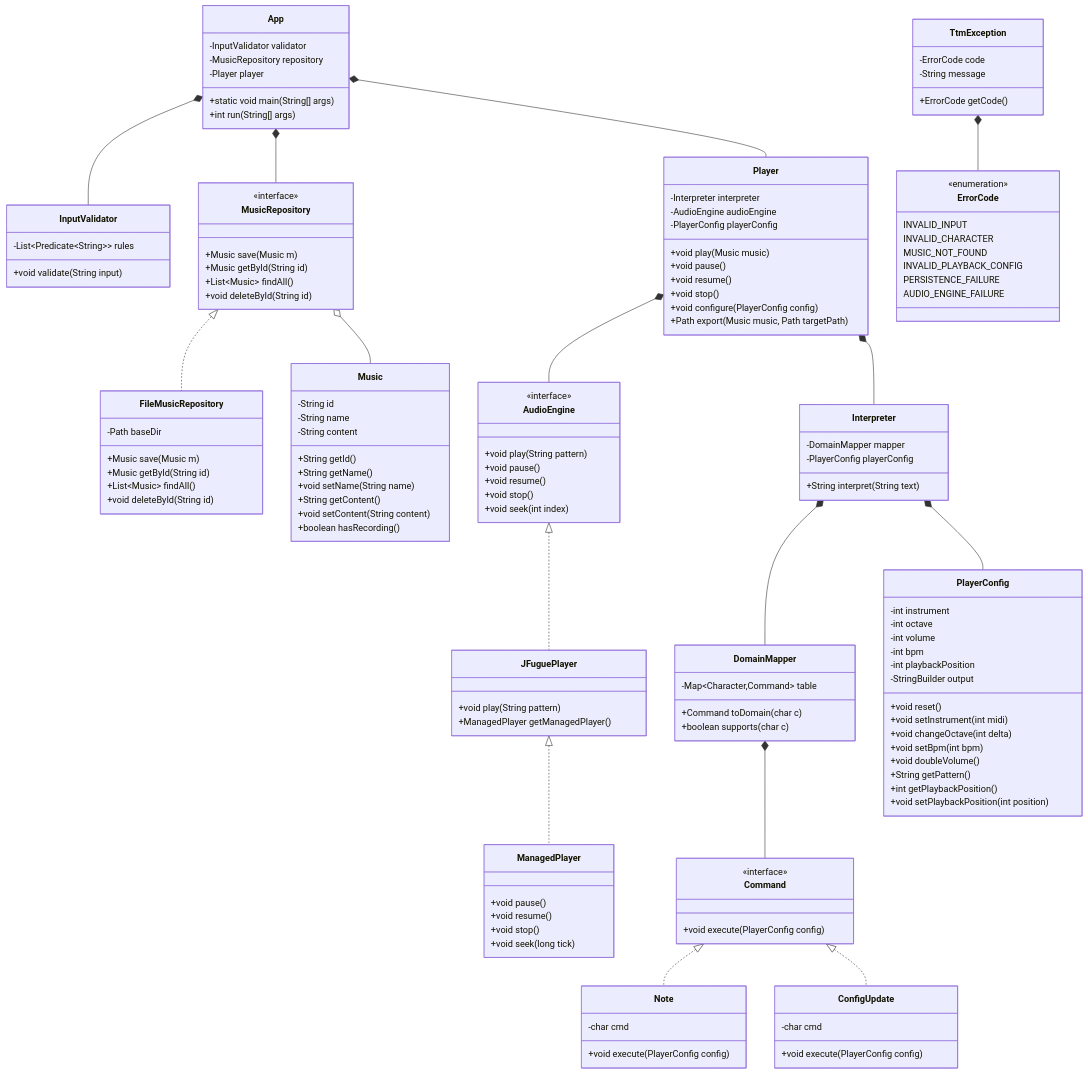
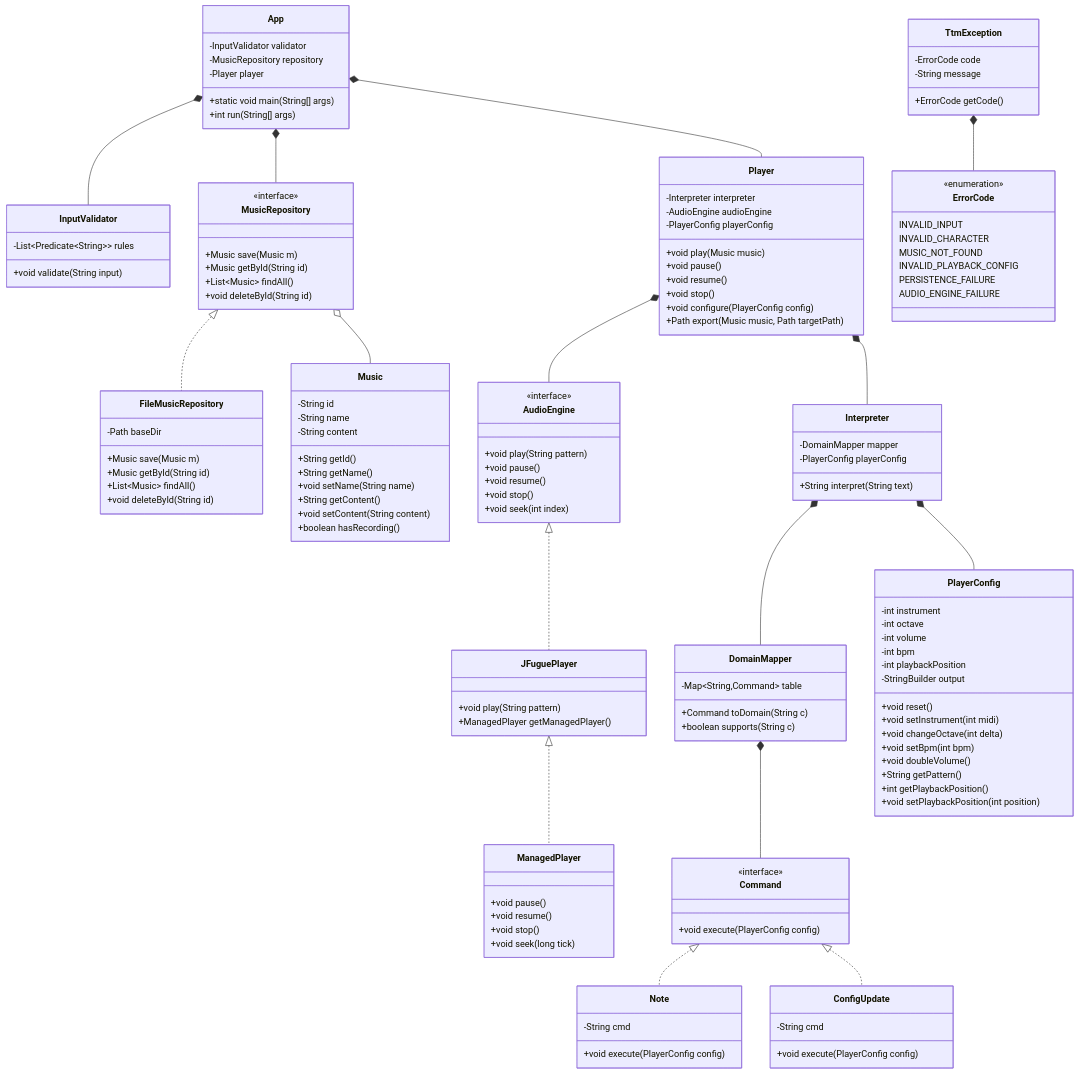
Before and after one commit to ExtremeNoHorse/inf01120-dev-sw: the diagram in design/diagram.mmd, drawn with Mermaid.

Commit message:
update diagram

```diff
--- a/design/diagram.mmd
+++ b/design/diagram.mmd
@@ -1,176 +1,176 @@
 ---
 config:
   theme: default
 ---
 %% TTM - Diagrama refatorado (Fase 1)
 %% Original preservado em classes/diagram.mmd.
 %%
 %% Mudancas vs original (motivadas pelos resumos R01/R02/R03/Cap5-OOSC):
 %%   1. Menu vira App (unica classe UI/composition root; CLI hoje, GUI depois).
 %%   2. Interpreter dividido: Interpreter (char->pattern) + Player (executa).
 %%   3. AudioEngine interface esconde JFugue (info hiding R02) e expoe exportMidi.
 %%   4. MusicRepository vira interface; FileMusicRepository usa java.nio direto.
 %%   5. Command.execute(PlayerConfig) - sem acoplamento reverso.
 %%   6. TtmException + ErrorCode substituem varios exception types.
 %%   7. PlaybackListener = Consumer<Integer> do JDK (sem interface propria).
 %%   8. PlaybackParameters vira constantes em PlayerConfig.
 %%   9. Terminologia: Music (mockup) substitui Session.
 
 classDiagram
     App *-- InputValidator
     App *-- MusicRepository
     App *-- Player
 
     MusicRepository <|.. FileMusicRepository
     MusicRepository o-- Music
 
     Player *-- Interpreter
     Player *-- AudioEngine
     JFuguePlayer <|.. ManagedPlayer
     AudioEngine <|.. JFuguePlayer
 
     Interpreter *-- DomainMapper
     Interpreter *-- PlayerConfig
 
     DomainMapper *-- Command
     Command <|.. Note
     Command <|.. ConfigUpdate
 
     TtmException *-- ErrorCode
 
     class App {
         -InputValidator validator
         -MusicRepository repository
         -Player player
         +static void main(String[] args)
         +int run(String[] args)
     }
 
     class InputValidator {
         -List~Predicate~String~~ rules
         +void validate(String input)
     }
 
     class MusicRepository {
         <<interface>>
         +Music save(Music m)
         +Music getById(String id)
         +List~Music~ findAll()
         +void deleteById(String id)
     }
 
     class FileMusicRepository {
         -Path baseDir
         +Music save(Music m)
         +Music getById(String id)
         +List~Music~ findAll()
         +void deleteById(String id)
     }
 
     class Music {
         -String id
         -String name
         -String content
         +String getId()
         +String getName()
         +void setName(String name)
         +String getContent()
         +void setContent(String content)
         +boolean hasRecording()
     }
 
     class Player {
         -Interpreter interpreter
         -AudioEngine audioEngine
         -PlayerConfig playerConfig
         %% Caso o Pimenta comente sobre eventos
         %% -Consumer~Integer~ onCharPlayed
         +void play(Music music)
         +void pause()
         +void resume()
         +void stop()
         +void configure(PlayerConfig config)
         +Path export(Music music, Path targetPath)
         %% +void onCharPlayed(Consumer~Integer~ listener)
     }
 
     class Interpreter {
         -DomainMapper mapper
         -PlayerConfig playerConfig
         +String interpret(String text)
     }
 
     class DomainMapper {
-        -Map~Character,Command~ table
-        +Command toDomain(char c)
-        +boolean supports(char c)
+        -Map~String,Command~ table
+        +Command toDomain(String c)
+        +boolean supports(String c)
     }
 
     class Command {
         <<interface>>
         +void execute(PlayerConfig config)
     }
 
     class Note {
-        -char cmd
+        -String cmd
         +void execute(PlayerConfig config)
     }
 
     class ConfigUpdate {
-        -char cmd
+        -String cmd
         +void execute(PlayerConfig config)
     }
 
     class PlayerConfig {
         -int instrument
         -int octave
         -int volume
         -int bpm
         -int playbackPosition
         -StringBuilder output
         +void reset()
         +void setInstrument(int midi)
         +void changeOctave(int delta)
         +void setBpm(int bpm)
         +void doubleVolume()
         +String getPattern()
         +int getPlaybackPosition()
         +void setPlaybackPosition(int position)
     }
 
     class AudioEngine {
         <<interface>>
         +void play(String pattern)
         +void pause()
         +void resume()
         +void stop()
         +void seek(int index)
     }
 
     class JFuguePlayer {
         +void play(String pattern)
         +ManagedPlayer getManagedPlayer()
     }
 
     class ManagedPlayer {
         +void pause()
         +void resume()
         +void stop()
         +void seek(long tick)
     }
 
     class TtmException {
         -ErrorCode code
         -String message
         +ErrorCode getCode()
     }
 
     class ErrorCode {
         <<enumeration>>
         INVALID_INPUT
         INVALID_CHARACTER
         MUSIC_NOT_FOUND
         INVALID_PLAYBACK_CONFIG
         PERSISTENCE_FAILURE
         AUDIO_ENGINE_FAILURE
     }
```
